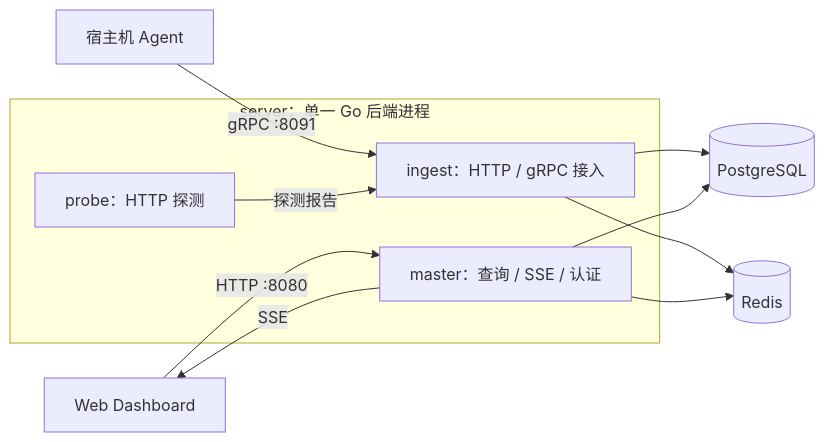
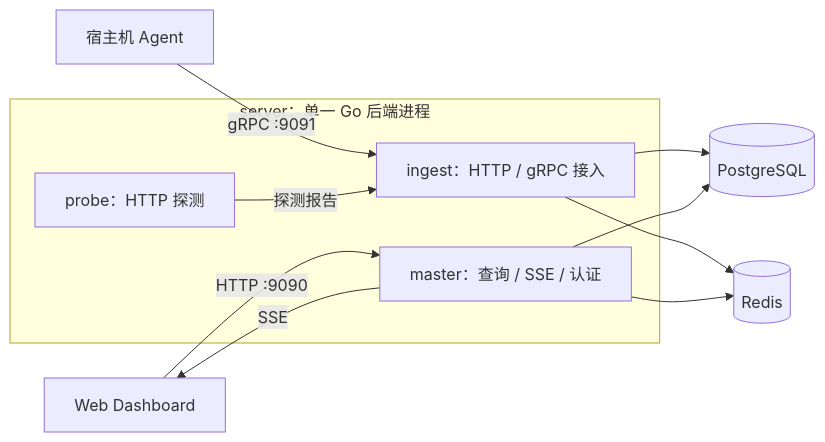
One commit to gofxq/gaoming changed the diagram in README.md. Above: the diagram before and after it, drawn with Mermaid. The commit also changed other lines of this file and 24 other files, not shown here.

````diff
--- a/README.md
+++ b/README.md
@@ -47,20 +47,20 @@
 ```mermaid
 flowchart LR
     Agent["宿主机 Agent"]
     UI["Web Dashboard"]
     subgraph Server["server：单一 Go 后端进程"]
         Master["master：查询 / SSE / 认证"]
         Ingest["ingest：HTTP / gRPC 接入"]
         Probe["probe：HTTP 探测"]
     end
     PG[(PostgreSQL)]
     Redis[(Redis)]
-    Agent -->|gRPC :8091| Ingest
-    UI -->|HTTP :8080| Master
+    Agent -->|gRPC :9091| Ingest
+    UI -->|HTTP :9090| Master
     Master -->|SSE| UI
     Probe -->|探测报告| Ingest
     Ingest --> PG
     Ingest --> Redis
     Master --> PG
     Master --> Redis
 ```
````
